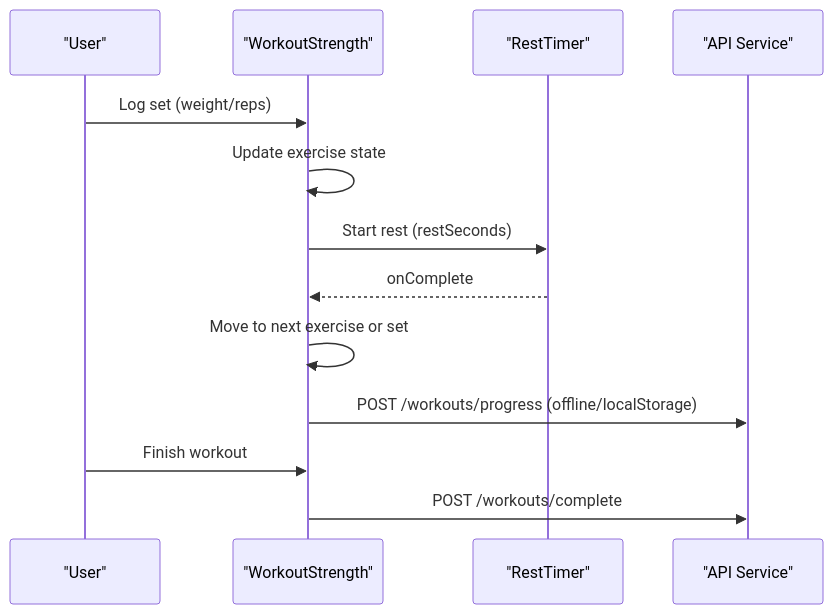
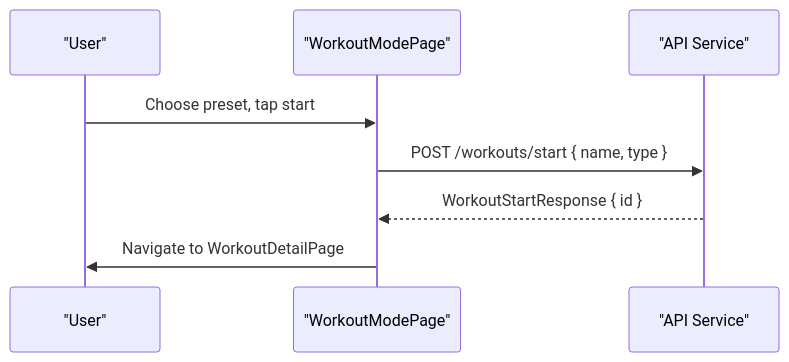
One commit to nilsnavi/fit_trackerpro changed the sixth of 7 diagrams in .qoder/repowiki/en/content/Feature Implementation/Workout Tracking System/Workout Session Tracking.md. Above: the diagram before and after it, drawn with Mermaid. The commit also changed other lines of this file and 10 other files, not shown here.

````diff
--- a/.qoder/repowiki/en/content/Feature Implementation/Workout Tracking System/Workout Session Tracking.md
+++ b/.qoder/repowiki/en/content/Feature Implementation/Workout Tracking System/Workout Session Tracking.md
@@ -303,15 +293,10 @@
 ```mermaid
 sequenceDiagram
 participant User as "User"
-participant Strength as "WorkoutStrength"
-participant Timer as "RestTimer"
+participant Mode as "WorkoutModePage"
 participant API as "API Service"
-User->>Strength : Log set (weight/reps)
-Strength->>Strength : Update exercise state
-Strength->>Timer : Start rest (restSeconds)
-Timer-->>Strength : onComplete
-Strength->>Strength : Move to next exercise or set
-Strength->>API : POST /workouts/progress (offline/localStorage)
-User->>Strength : Finish workout
-Strength->>API : POST /workouts/complete
+User->>Mode : Choose preset, tap start
+Mode->>API : POST /workouts/start { name, type }
+API-->>Mode : WorkoutStartResponse { id }
+Mode->>User : Navigate to WorkoutDetailPage
 ```
````
